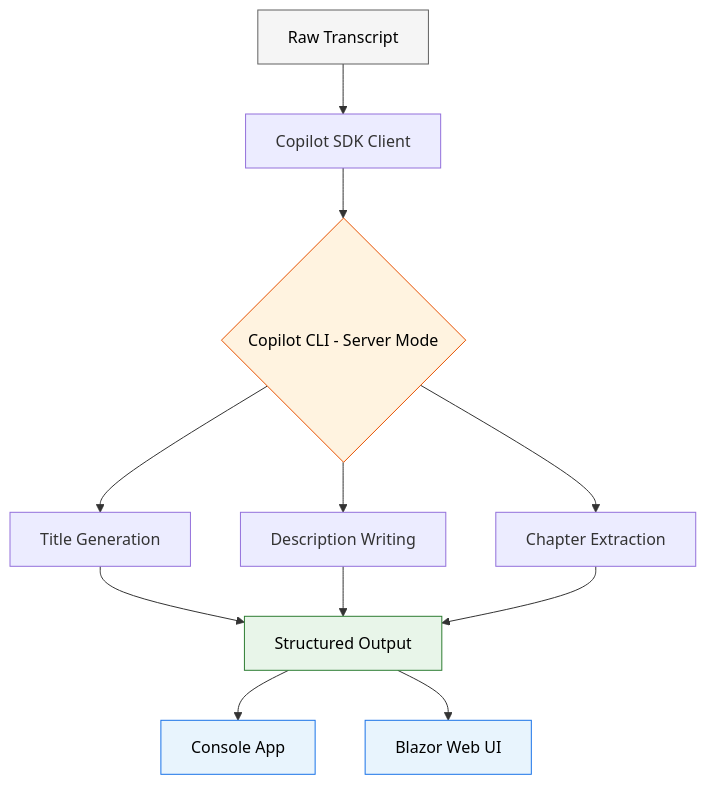
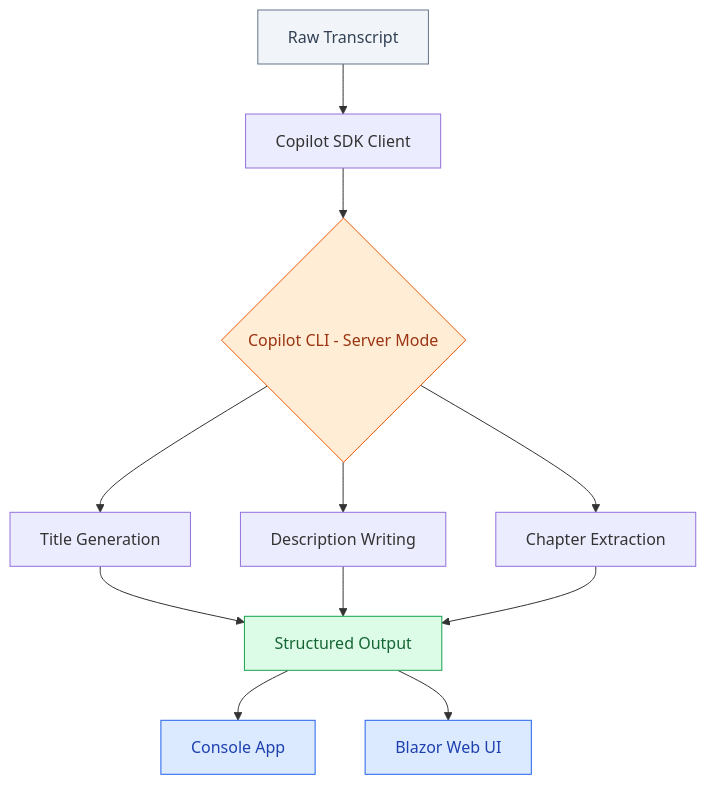
The third of 4 diagrams in hugo-site/content/blog/2026/01/5.copilot-sdk-deep-dive-unlocked-future-potential.md (raj-champion-trader/rajchampaneriya.github.io), drawn with Mermaid before and after one commit. The commit also changed other lines of this file and 5 other files, not shown here.

First line of the commit message:
Enhance Mermaid Diagrams with Semantic Color Classes and Dark Mode Support

````diff
--- a/hugo-site/content/blog/2026/01/5.copilot-sdk-deep-dive-unlocked-future-potential.md
+++ b/hugo-site/content/blog/2026/01/5.copilot-sdk-deep-dive-unlocked-future-potential.md
@@ -79,19 +78,18 @@
 ```mermaid
 flowchart TD
-    A[Raw Transcript] --> B[Copilot SDK Client]
-    B --> C{Copilot CLI - Server Mode}
-    C --> D[Title Generation]
-    C --> E[Description Writing]
-    C --> F[Chapter Extraction]
-    D --> G[Structured Output]
+    classDef primary fill:#dbeafe,stroke:#2563eb,color:#1e40af
+    classDef secondary fill:#dcfce7,stroke:#16a34a,color:#166534
+    classDef accent fill:#ffedd5,stroke:#ea580c,color:#9a3412
+    classDef neutral fill:#f1f5f9,stroke:#64748b,color:#334155
+
+    A["Raw Transcript"]:::neutral --> B["Copilot SDK Client"]
+    B --> C{"Copilot CLI - Server Mode"}:::accent
+    C --> D["Title Generation"]
+    C --> E["Description Writing"]
+    C --> F["Chapter Extraction"]
+    D --> G["Structured Output"]:::secondary
     E --> G
     F --> G
-    G --> H[Console App]
-    G --> I[Blazor Web UI]
-
-    style A fill:#f5f5f5,stroke:#616161,color:#000
-    style C fill:#fff3e0,stroke:#e65100,color:#000
-    style G fill:#e8f5e9,stroke:#2e7d32,color:#000
-    style H fill:#e8f4fd,stroke:#1a73e8,color:#000
-    style I fill:#e8f4fd,stroke:#1a73e8,color:#000
+    G --> H["Console App"]:::primary
+    G --> I["Blazor Web UI"]:::primary
 ```
````
